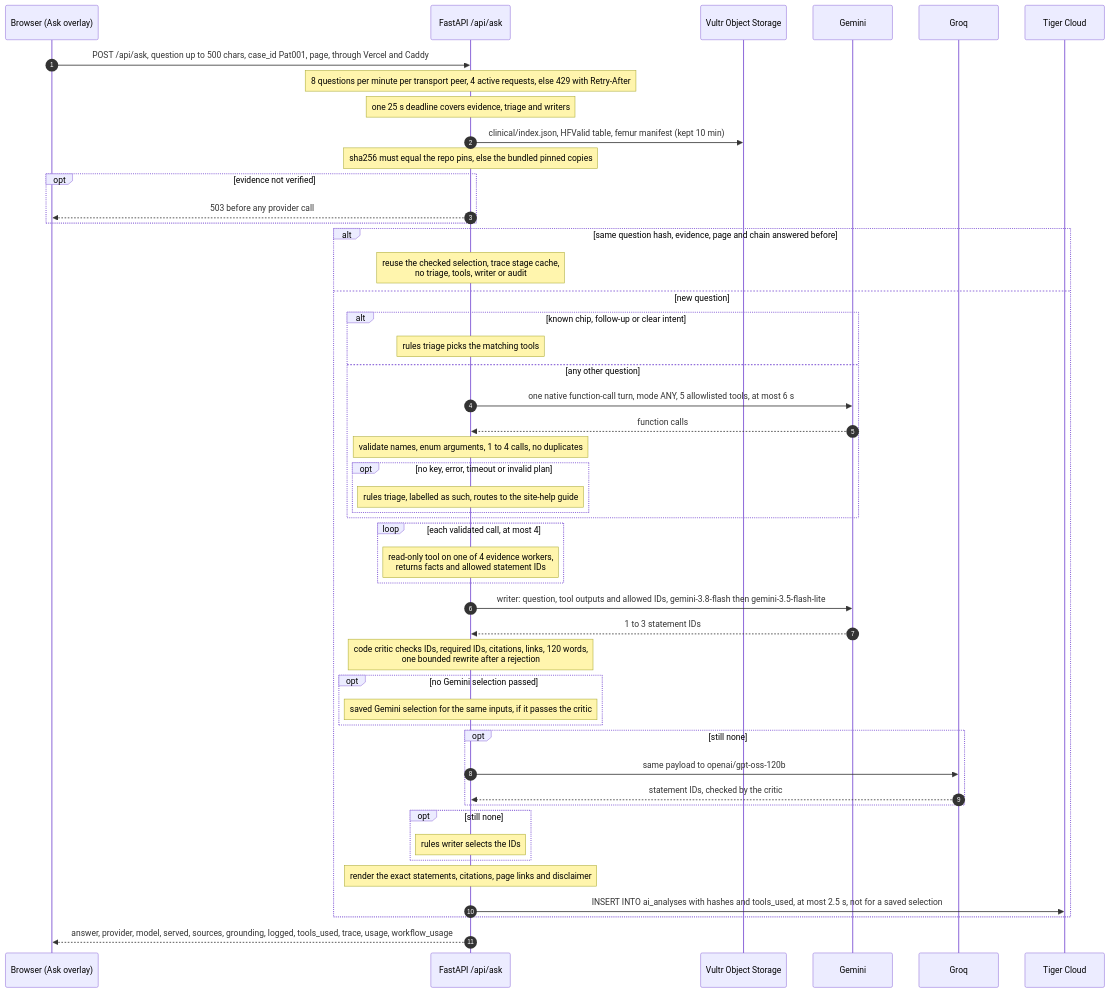
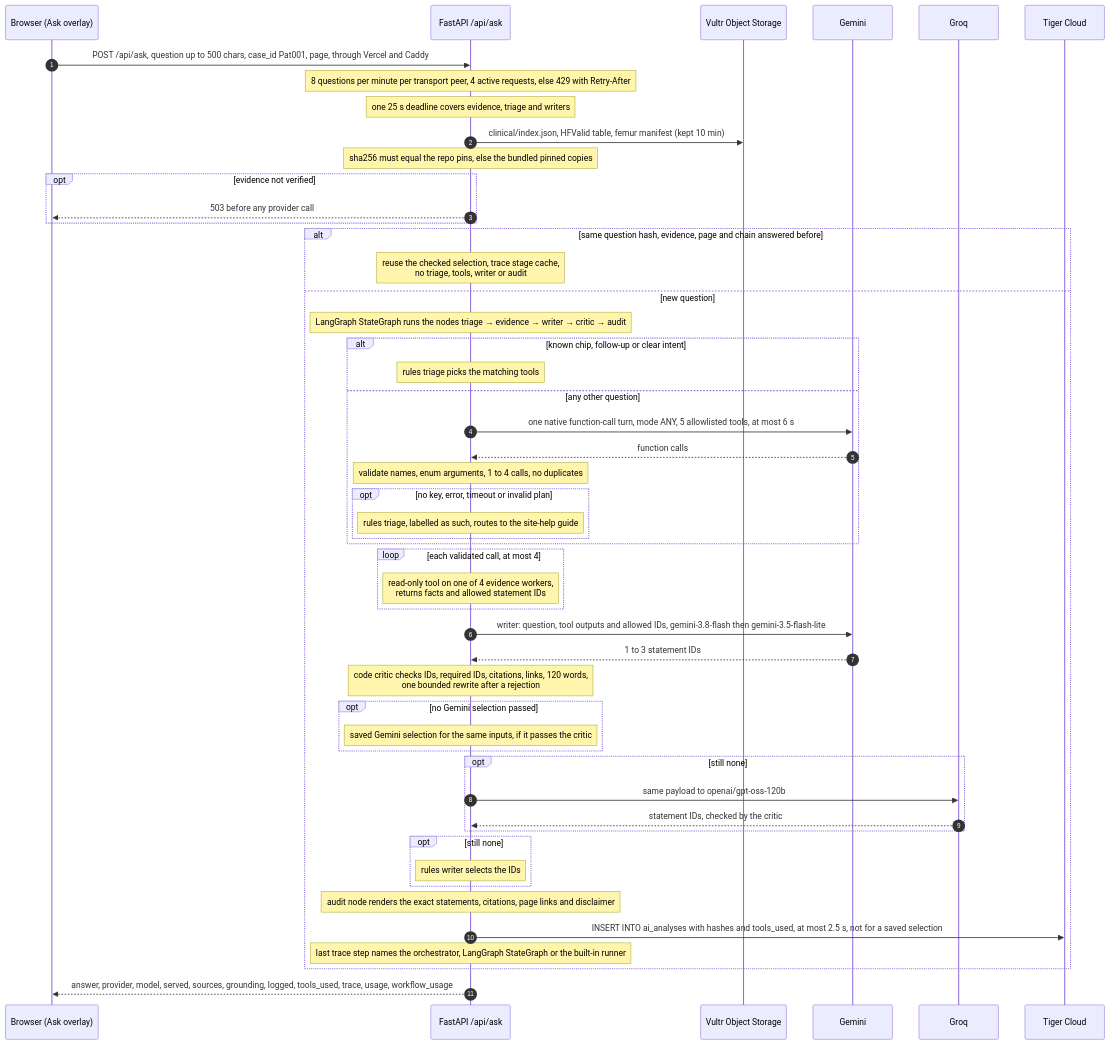
The eighth of 10 diagrams in ARCHITECTURE.md (galitau/Rainbone_prod_hackthevalley11), drawn with Mermaid before and after one commit. The commit also changed other lines of this file and 2 other files, not shown here.

Commit message:
docs: show the Ask Rainbone agent pipeline and its LangGraph orchestration

````diff
--- a/ARCHITECTURE.md
+++ b/ARCHITECTURE.md
@@ -359,52 +413,54 @@
 ```mermaid
 sequenceDiagram
   autonumber
   participant B as Browser (Ask overlay)
   participant A as FastAPI /api/ask
   participant S as Vultr Object Storage
   participant G as Gemini
   participant Q as Groq
   participant T as Tiger Cloud
 
   B->>A: POST /api/ask, question up to 500 chars, case_id Pat001, page, through Vercel and Caddy
   Note over A: 8 questions per minute per transport peer, 4 active requests, else 429 with Retry-After
   Note over A: one 25 s deadline covers evidence, triage and writers
   A->>S: clinical/index.json, HFValid table, femur manifest (kept 10 min)
   Note over A: sha256 must equal the repo pins, else the bundled pinned copies
   opt evidence not verified
     A-->>B: 503 before any provider call
   end
   alt same question hash, evidence, page and chain answered before
     Note over A: reuse the checked selection, trace stage cache,<br/>no triage, tools, writer or audit
   else new question
+    Note over A: LangGraph StateGraph runs the nodes triage → evidence → writer → critic → audit
     alt known chip, follow-up or clear intent
       Note over A: rules triage picks the matching tools
     else any other question
       A->>G: one native function-call turn, mode ANY, 5 allowlisted tools, at most 6 s
       G-->>A: function calls
       Note over A: validate names, enum arguments, 1 to 4 calls, no duplicates
       opt no key, error, timeout or invalid plan
         Note over A: rules triage, labelled as such, routes to the site-help guide
       end
     end
     loop each validated call, at most 4
       Note over A: read-only tool on one of 4 evidence workers,<br/>returns facts and allowed statement IDs
     end
     A->>G: writer: question, tool outputs and allowed IDs, gemini-3.8-flash then gemini-3.5-flash-lite
     G-->>A: 1 to 3 statement IDs
     Note over A: code critic checks IDs, required IDs, citations, links, 120 words,<br/>one bounded rewrite after a rejection
     opt no Gemini selection passed
       Note over A: saved Gemini selection for the same inputs, if it passes the critic
     end
     opt still none
       A->>Q: same payload to openai/gpt-oss-120b
       Q-->>A: statement IDs, checked by the critic
     end
     opt still none
       Note over A: rules writer selects the IDs
     end
-    Note over A: render the exact statements, citations, page links and disclaimer
+    Note over A: audit node renders the exact statements, citations, page links and disclaimer
     A->>T: INSERT INTO ai_analyses with hashes and tools_used, at most 2.5 s, not for a saved selection
+    Note over A: last trace step names the orchestrator, LangGraph StateGraph or the built-in runner
   end
   A-->>B: answer, provider, model, served, sources, grounding, logged, tools_used, trace, usage, workflow_usage
 ```
````
